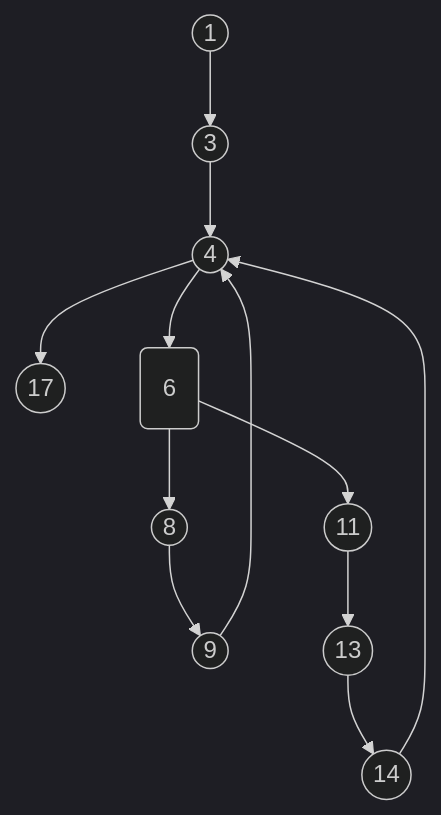
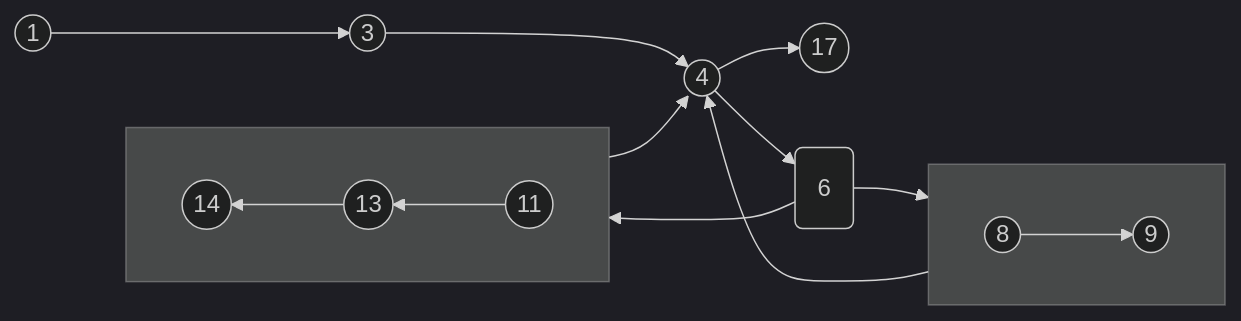
The diagram in Software Testing/Labs/Lab 01.md (sd4483/Obsidian), drawn with Mermaid (dark theme) before and after one commit.

Commit message:
vault backup: 2023-02-23 11:32:09

````diff
--- a/Software Testing/Labs/Lab 01.md
+++ b/Software Testing/Labs/Lab 01.md
@@ -5,9 +5,15 @@
 ```mermaid
-flowchart TD
+flowchart LR
 	id1((1)) --> id2((3)) --> id3((4)) --> id10((17)) & id4((6))
 	id4(6) --> id5((8)) & id7((11))
-	id5((8)) --> id6((9))
+	subgraph  
+		direction LR
+		id5((8)) --> id6((9))
+	end
 	id6((9)) --> id3((4))
-	id7((11)) --> id8((13)) --> id9((14))
+	subgraph   
+		direction RL
+		id7((11)) --> id8((13)) --> id9((14))
+	end
 	id9((14)) --> id3((4))
 ```
````
